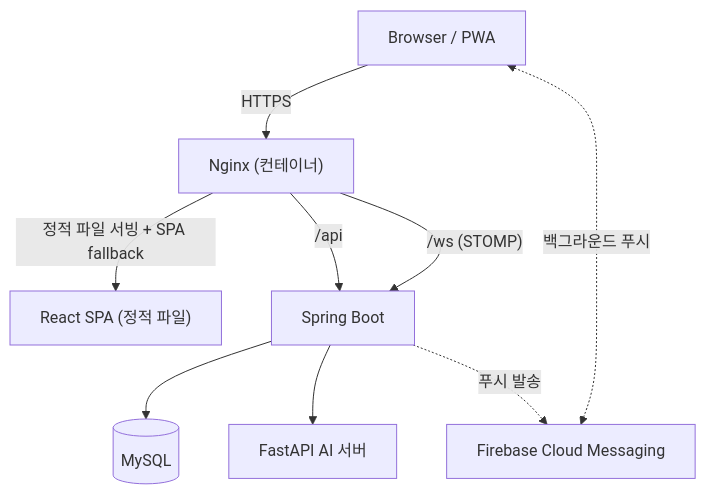
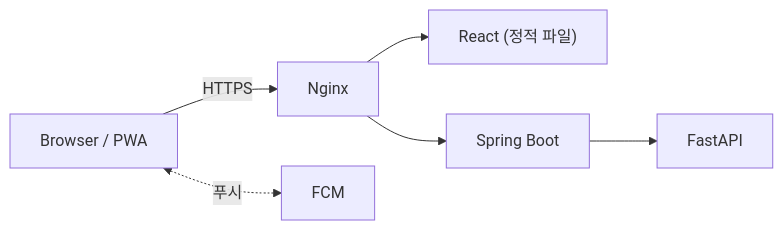
Before and after one commit to soyoung-v/firesafety-fe-react: the diagram in README.md, drawn with Mermaid. The commit also changed other lines of this file, not shown here.

````diff
--- a/README.md
+++ b/README.md
@@ -62,19 +28,7 @@
 ```mermaid
-flowchart TB
-    Browser["Browser / PWA"]
-    Nginx["Nginx (컨테이너)"]
-    SPA["React SPA (정적 파일)"]
-    BE["Spring Boot"]
-    DB[("MySQL")]
-    AI["FastAPI AI 서버"]
-    FCM["Firebase Cloud Messaging"]
-
-    Browser -- "HTTPS" --> Nginx
-    Nginx -- "정적 파일 서빙 + SPA fallback" --> SPA
-    Nginx -- "/api" --> BE
-    Nginx -- "/ws (STOMP)" --> BE
-    BE --> DB
-    BE --> AI
-    Browser <-. "백그라운드 푸시" .-> FCM
-    BE -. "푸시 발송" .-> FCM
+flowchart LR
+    Browser["Browser / PWA"] -- HTTPS --> Nginx --> SPA["React (정적 파일)"]
+    Nginx --> BE["Spring Boot"]
+    BE --> AI["FastAPI"]
+    Browser <-. 푸시 .-> FCM
 ```
````
